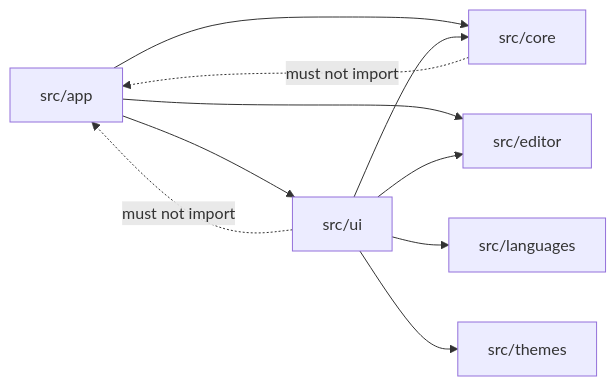
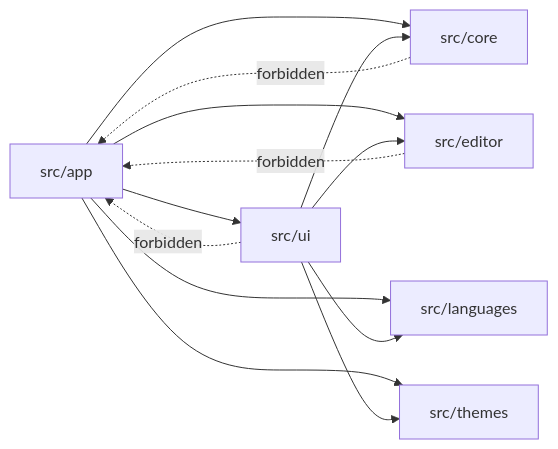
The second of 8 diagrams in docs/architecture.md (dotbrains/dune), drawn with Mermaid before and after one commit. The commit also changed other lines of this file and 4 other files, not shown here.

````diff
--- a/docs/architecture.md
+++ b/docs/architecture.md
@@ -29,12 +45,15 @@
 ```mermaid
 flowchart LR
   App[src/app] --> UI[src/ui]
   App --> Core[src/core]
   App --> Editor[src/editor]
+  App --> Languages[src/languages]
+  App --> Themes[src/themes]
   UI --> Core
   UI --> Editor
-  UI --> Languages[src/languages]
-  UI --> Themes[src/themes]
-  Core -. must not import .-> App
-  UI -. must not import .-> App
+  UI --> Languages
+  UI --> Themes
+  Core -. forbidden .-> App
+  Editor -. forbidden .-> App
+  UI -. forbidden .-> App
 ```
````
